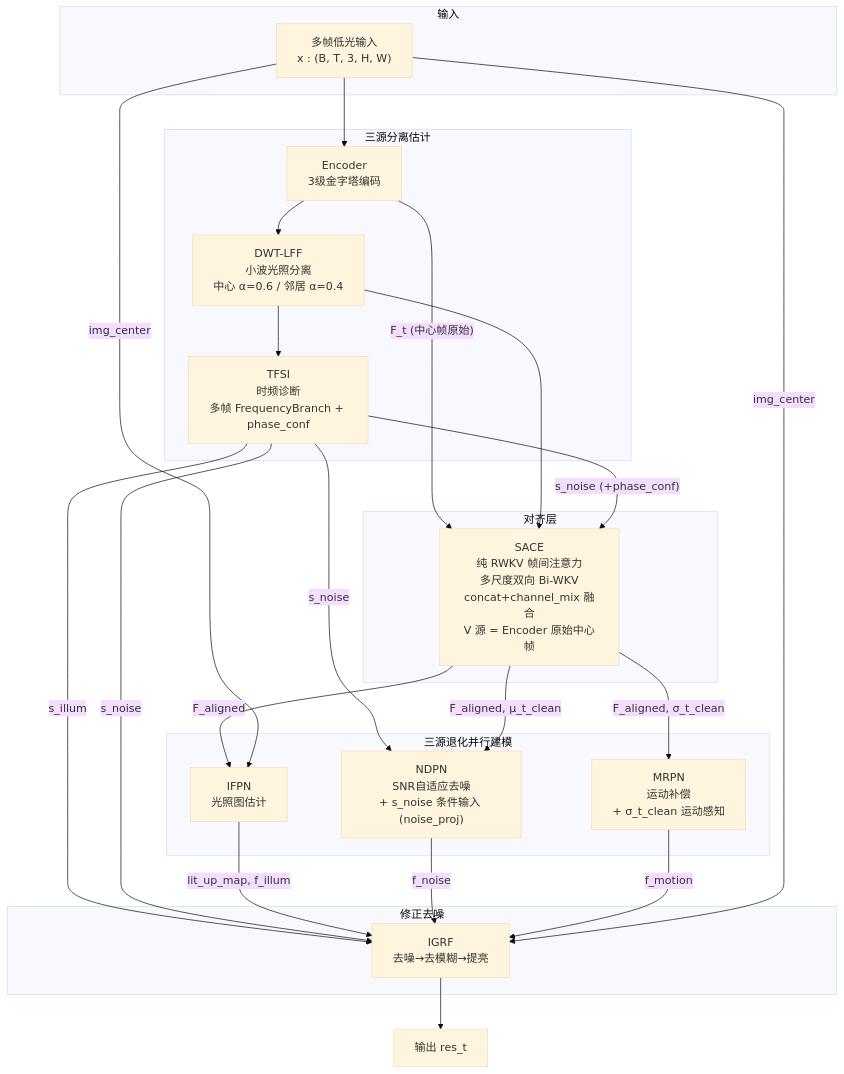
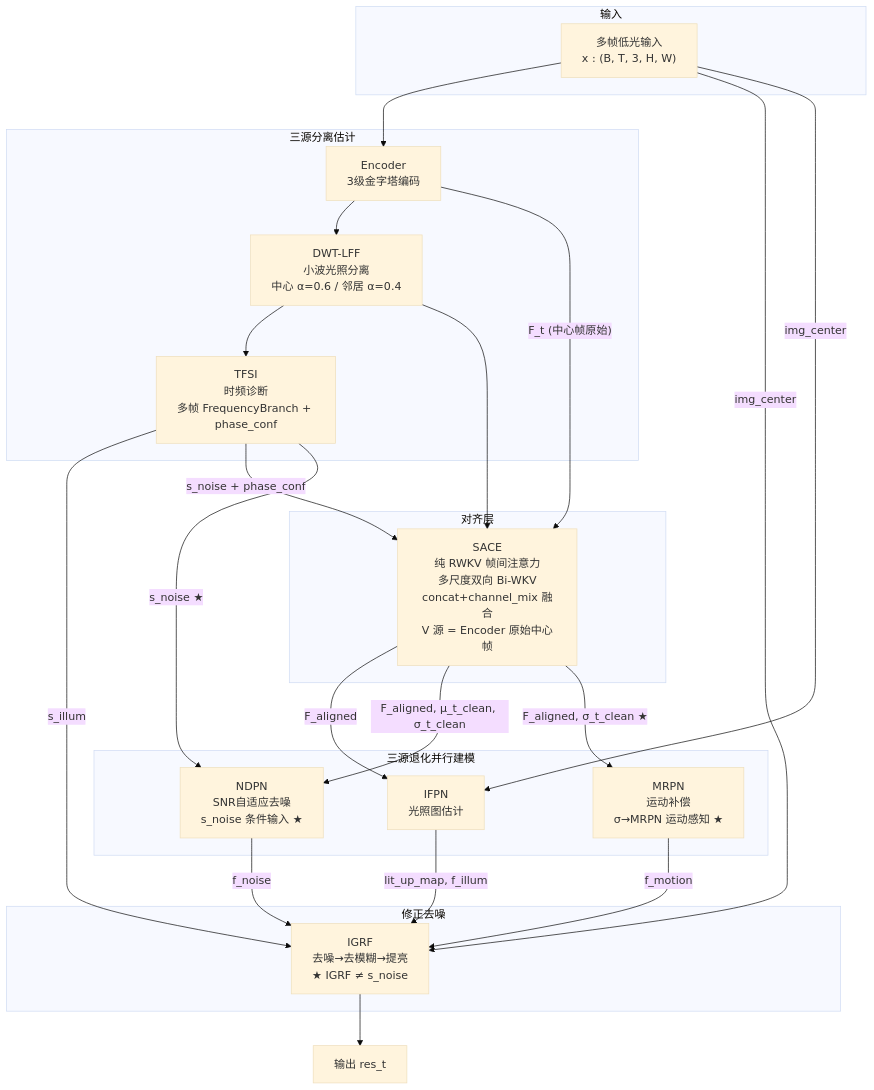
Before and after one commit to chendeming2002/TFS-Net: the first of 2 diagrams in docs/v6/RWKV-Charlie-model/v6-charlie-diagrams.md, drawn with Mermaid (base theme). The commit also changed other lines of this file and 7 other files, not shown here.

````diff
--- a/docs/v6/RWKV-Charlie-model/v6-charlie-diagrams.md
+++ b/docs/v6/RWKV-Charlie-model/v6-charlie-diagrams.md
@@ -5,50 +5,49 @@
 ```mermaid
 flowchart TD
     subgraph 输入
         IN["多帧低光输入<br/>x : (B, T, 3, H, W)"]
     end
 
     subgraph 诊断层["三源分离估计"]
         ENC["Encoder<br/>3级金字塔编码"]
         DWT["DWT-LFF<br/>小波光照分离<br/>中心 α=0.6 / 邻居 α=0.4"]
         TFSI["TFSI<br/>时频诊断<br/>多帧 FrequencyBranch + phase_conf"]
     end
 
     subgraph 对齐层
         SACE["SACE<br/>纯 RWKV 帧间注意力<br/>多尺度双向 Bi-WKV<br/>concat+channel_mix 融合<br/>V 源 = Encoder 原始中心帧"]
     end
 
     subgraph 处理层["三源退化并行建模"]
         IFPN["IFPN<br/>光照图估计"]
-        NDPN["NDPN<br/>SNR自适应去噪<br/>+ s_noise 条件输入 (noise_proj)"]
-        MRPN["MRPN<br/>运动补偿<br/>+ σ_t_clean 运动感知"]
+        NDPN["NDPN<br/>SNR自适应去噪<br/>s_noise 条件输入 ★"]
+        MRPN["MRPN<br/>运动补偿<br/>σ→MRPN 运动感知 ★"]
     end
 
     subgraph 执行层["修正去噪"]
-        IGRF["IGRF<br/>去噪→去模糊→提亮"]
+        IGRF["IGRF<br/>去噪→去模糊→提亮<br/>★ IGRF ≠ s_noise"]
     end
 
     OUT["输出 res_t"]
 
     IN --> ENC
     ENC --> DWT
     ENC -- "F_t (中心帧原始)" --> SACE
     DWT --> TFSI
     DWT --> SACE
     TFSI -- "s_illum" --> IGRF
-    TFSI -- "s_noise (+phase_conf)" --> SACE
-    TFSI -- "s_noise" --> NDPN
-    TFSI -- "s_noise" --> IGRF
+    TFSI -- "s_noise + phase_conf" --> SACE
+    TFSI -- "s_noise ★" --> NDPN
 
     SACE -- "F_aligned" --> IFPN
-    SACE -- "F_aligned, σ_t_clean" --> MRPN
-    SACE -- "F_aligned, μ_t_clean" --> NDPN
+    SACE -- "F_aligned, μ_t_clean, σ_t_clean" --> NDPN
+    SACE -- "F_aligned, σ_t_clean ★" --> MRPN
 
     IFPN -- "lit_up_map, f_illum" --> IGRF
     NDPN -- "f_noise" --> IGRF
     MRPN -- "f_motion" --> IGRF
 
     IGRF --> OUT
     IN -- "img_center" --> IGRF
     IN -- "img_center" --> IFPN
 ```
````
